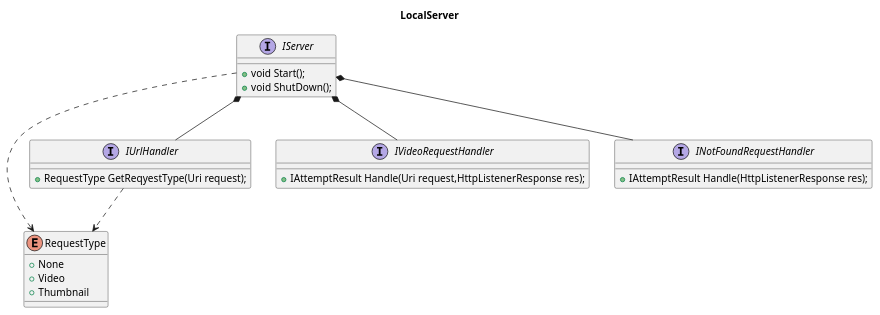
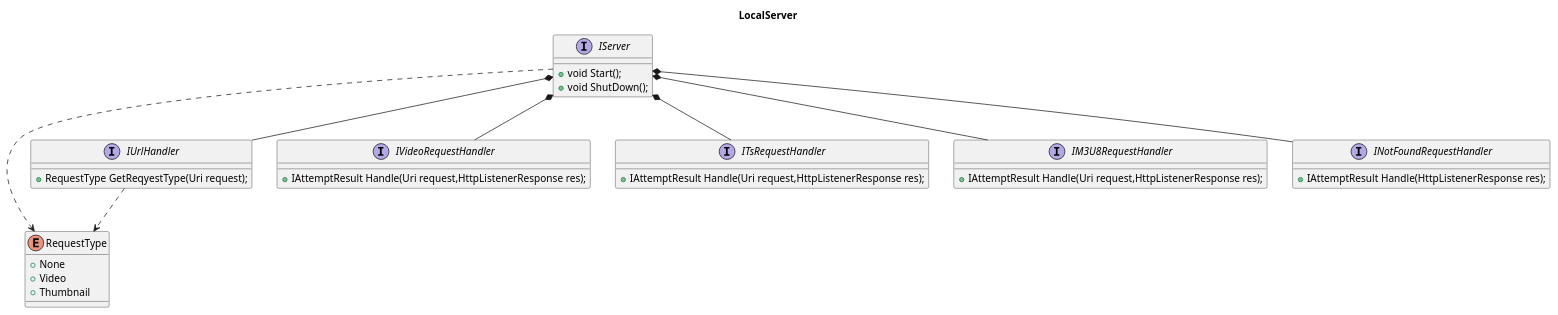
One commit to Hayao-H/Niconicome changed the diagram in Niconicome/Design/LocalServer/LocalServer.pu. Above: the diagram before and after it, drawn with PlantUML. The commit also changed 1 other file, not shown here.

```diff
--- a/Niconicome/Design/LocalServer/LocalServer.pu
+++ b/Niconicome/Design/LocalServer/LocalServer.pu
@@ -1,34 +1,44 @@
 @startuml LocalServer
 
 title LocalServer
 
 enum RequestType {
     + None
     + Video
     + Thumbnail
 }
 
 interface IServer {
     + void Start();
     + void ShutDown();
 }
 
 interface IUrlHandler {
     + RequestType GetReqyestType(Uri request);
 }
 
 interface IVideoRequestHandler {
     + IAttemptResult Handle(Uri request,HttpListenerResponse res);
 }
 
+interface ITsRequestHandler {
+    + IAttemptResult Handle(Uri request,HttpListenerResponse res);
+}
+
+interface IM3U8RequestHandler {
+    + IAttemptResult Handle(Uri request,HttpListenerResponse res);
+}
+
 interface INotFoundRequestHandler {
     + IAttemptResult Handle(HttpListenerResponse res);
 }
 
 IServer *-- IUrlHandler
 IServer *-- IVideoRequestHandler
 IServer *-- INotFoundRequestHandler
+IServer *-- IM3U8RequestHandler
+IServer *-- ITsRequestHandler
 IServer ..> RequestType
 IUrlHandler ..> RequestType
 
 @enduml
```
